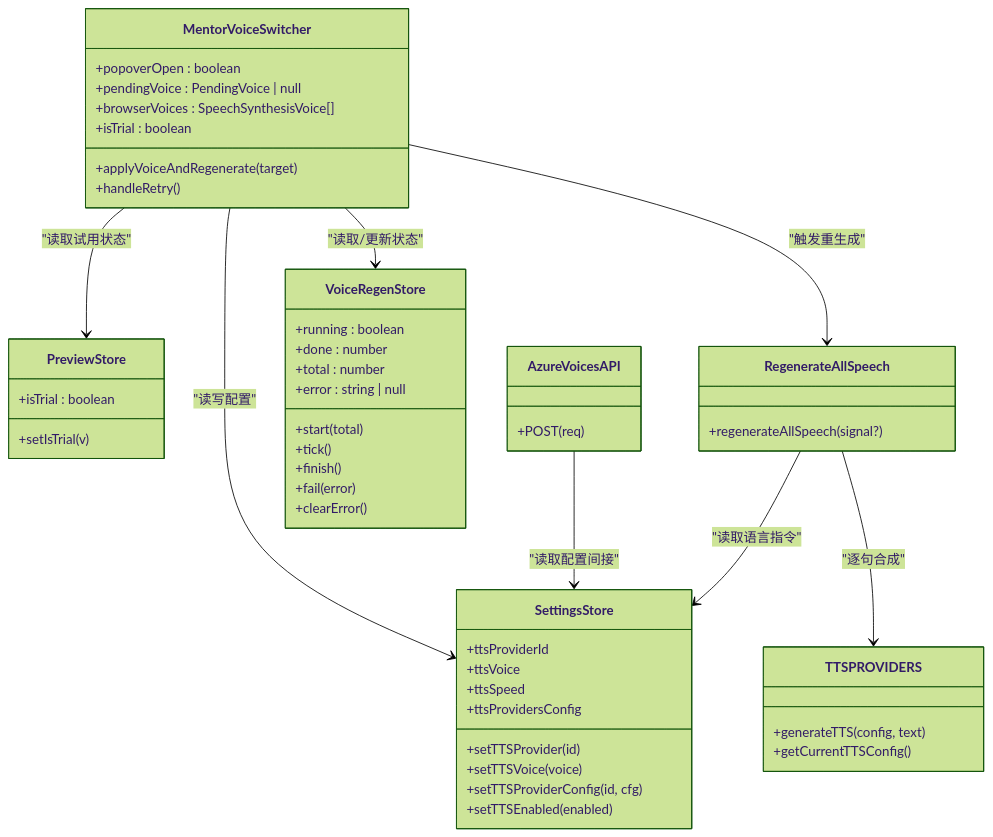
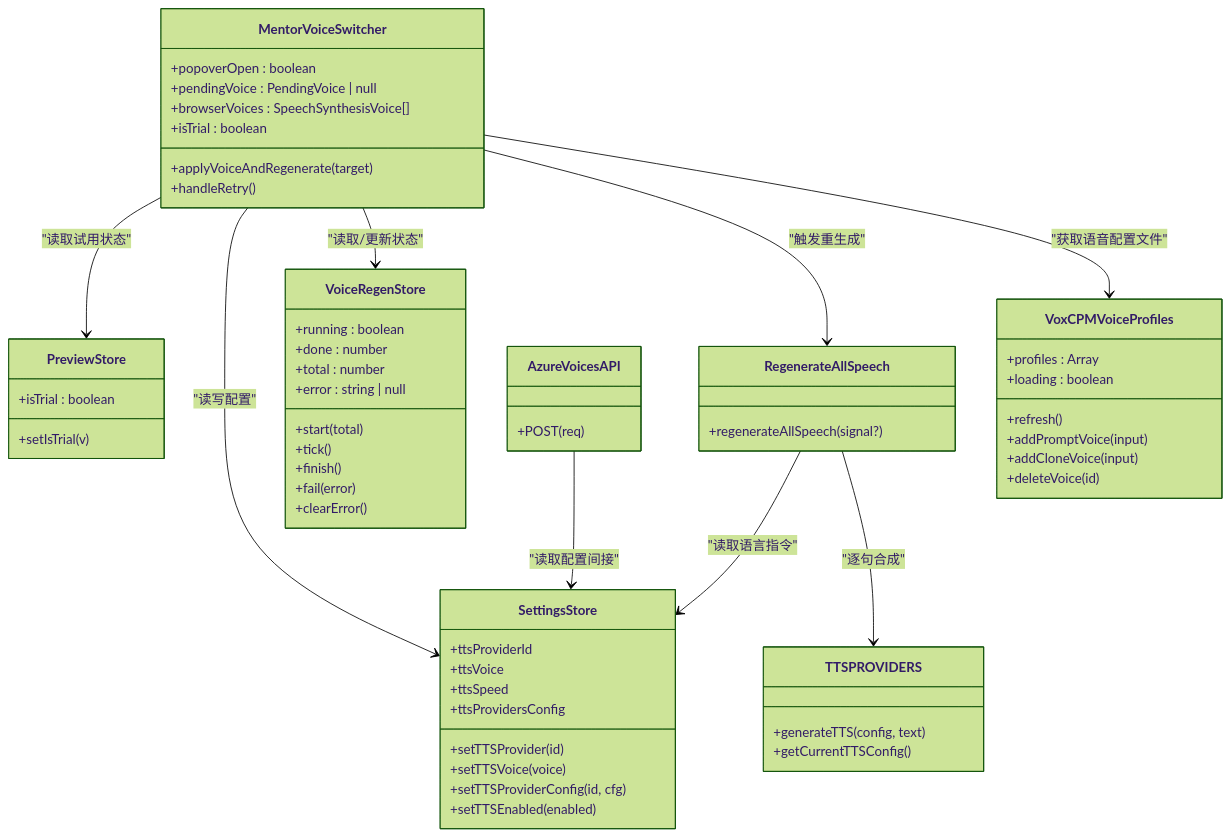
The third of 12 diagrams in .qoder/repowiki/zh/content/UI 组件系统/课堂播放组件/导师语音切换器组件.md (huangboheng/OpenMAIC), drawn with Mermaid (forest theme) before and after one commit. The commit also changed other lines of this file and 13 other files, not shown here.

````diff
--- a/.qoder/repowiki/zh/content/UI 组件系统/课堂播放组件/导师语音切换器组件.md
+++ b/.qoder/repowiki/zh/content/UI 组件系统/课堂播放组件/导师语音切换器组件.md
@@ -201,53 +219,62 @@
 ```mermaid
 classDiagram
 class MentorVoiceSwitcher {
 +popoverOpen : boolean
 +pendingVoice : PendingVoice | null
 +browserVoices : SpeechSynthesisVoice[]
 +isTrial : boolean
 +applyVoiceAndRegenerate(target)
 +handleRetry()
 }
 class PreviewStore {
 +isTrial : boolean
 +setIsTrial(v)
 }
 class VoiceRegenStore {
 +running : boolean
 +done : number
 +total : number
 +error : string | null
 +start(total)
 +tick()
 +finish()
 +fail(error)
 +clearError()
 }
 class SettingsStore {
 +ttsProviderId
 +ttsVoice
 +ttsSpeed
 +ttsProvidersConfig
 +setTTSProvider(id)
 +setTTSVoice(voice)
 +setTTSProviderConfig(id, cfg)
 +setTTSEnabled(enabled)
 }
 class RegenerateAllSpeech {
 +regenerateAllSpeech(signal?)
 }
 class TTSPROVIDERS {
 +generateTTS(config, text)
 +getCurrentTTSConfig()
 }
 class AzureVoicesAPI {
 +POST(req)
 }
+class VoxCPMVoiceProfiles {
++profiles : Array
++loading : boolean
++refresh()
++addPromptVoice(input)
++addCloneVoice(input)
++deleteVoice(id)
+}
 MentorVoiceSwitcher --> PreviewStore : "读取试用状态"
 MentorVoiceSwitcher --> SettingsStore : "读写配置"
 MentorVoiceSwitcher --> VoiceRegenStore : "读取/更新状态"
 MentorVoiceSwitcher --> RegenerateAllSpeech : "触发重生成"
+MentorVoiceSwitcher --> VoxCPMVoiceProfiles : "获取语音配置文件"
 RegenerateAllSpeech --> SettingsStore : "读取语言指令"
 RegenerateAllSpeech --> TTSPROVIDERS : "逐句合成"
 AzureVoicesAPI --> SettingsStore : "读取配置间接"
 ```
````
